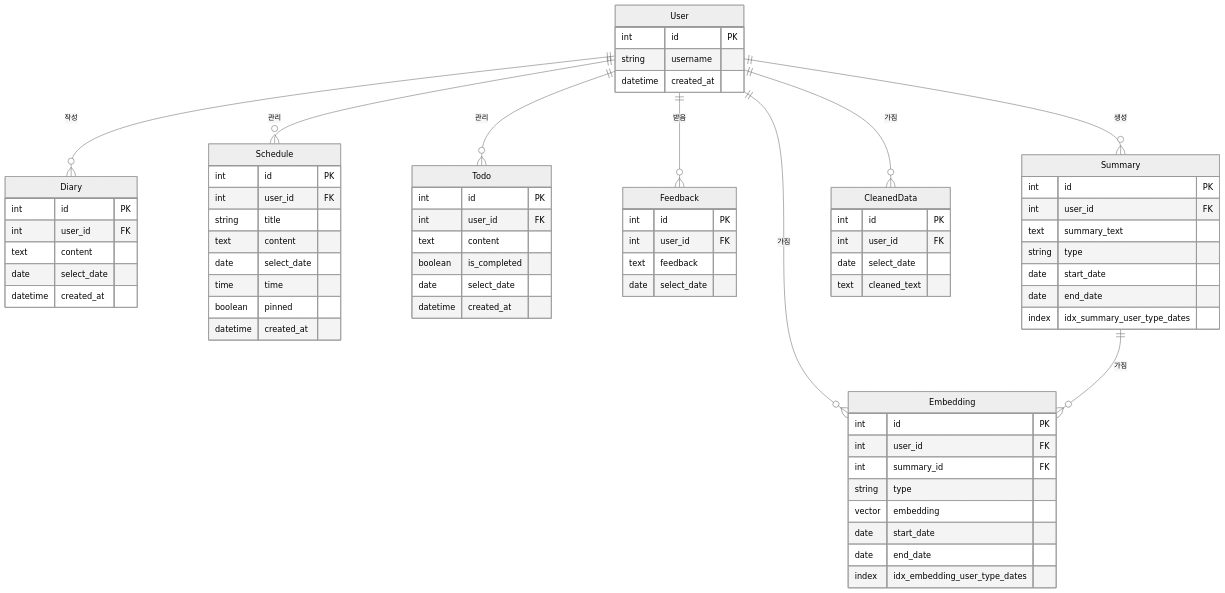
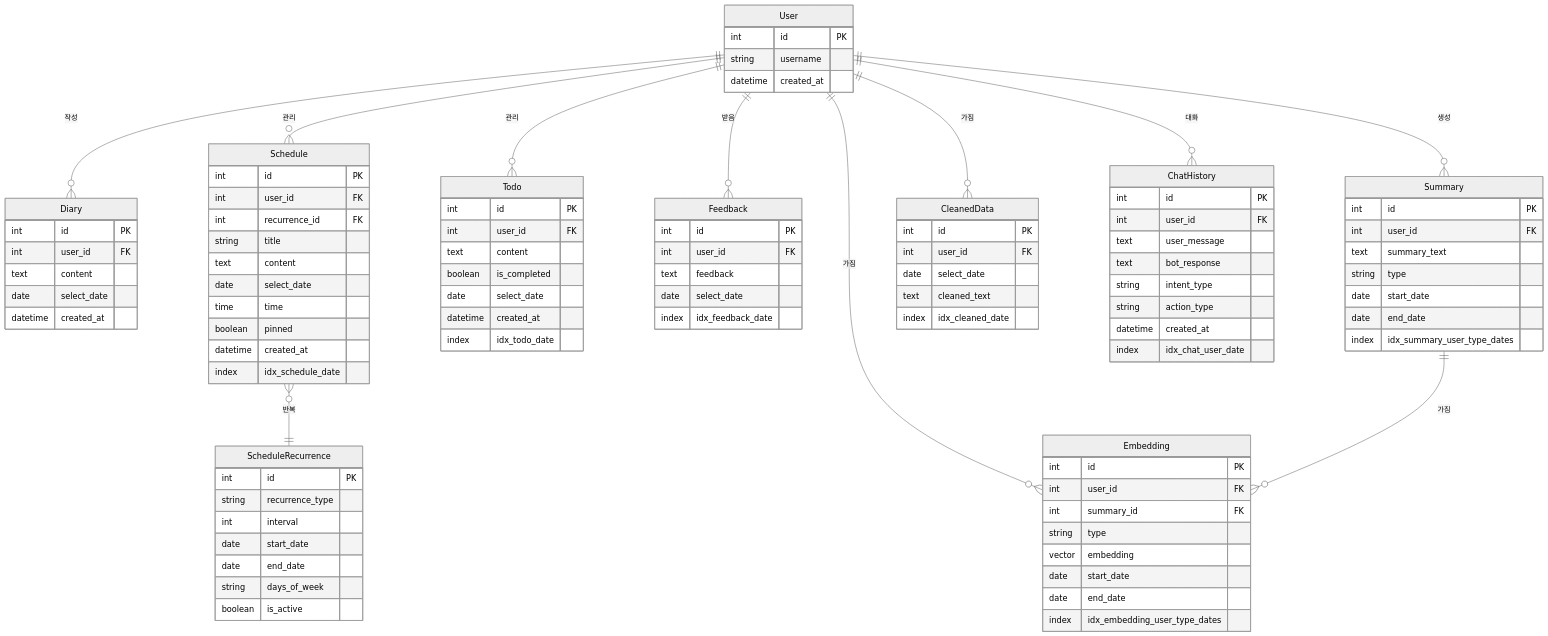
One commit to K-MarkLee/Youtube_Search_bot changed the diagram in README.md. Above: the diagram before and after it, drawn with Mermaid (neutral theme). The commit also changed other lines of this file, not shown here.

```diff
--- a/README.md
+++ b/README.md
@@ -9,12 +9,35 @@
     User ||--o{ Summary : "생성"
     User ||--o{ CleanedData : "가짐"
     User ||--o{ Embedding : "가짐"
+    User ||--o{ ChatHistory : "대화"
     Summary ||--o{ Embedding : "가짐"
+    Schedule }o--|| ScheduleRecurrence : "반복"
 
     User {
         int id PK
         string username
         datetime created_at
+    }
+
+    ChatHistory {
+        int id PK
+        int user_id FK
+        text user_message
+        text bot_response
+        string intent_type
+        string action_type
+        datetime created_at
+        index idx_chat_user_date
+    }
+
+    ScheduleRecurrence {
+        int id PK
+        string recurrence_type
+        int interval
+        date start_date
+        date end_date
+        string days_of_week
+        boolean is_active
     }
 
     Diary {
@@ -28,12 +51,14 @@
     Schedule {
         int id PK
         int user_id FK
+        int recurrence_id FK
         string title
         text content
         date select_date
         time time
         boolean pinned
         datetime created_at
+        index idx_schedule_date
     }
 
     Todo {
@@ -43,6 +68,7 @@
         boolean is_completed
         date select_date
         datetime created_at
+        index idx_todo_date
     }
 
     Feedback {
@@ -50,6 +76,7 @@
         int user_id FK
         text feedback
         date select_date
+        index idx_feedback_date
     }
 
     CleanedData {
@@ -57,6 +84,7 @@
         int user_id FK
         date select_date
         text cleaned_text
+        index idx_cleaned_date
     }
 
     Summary {
```
